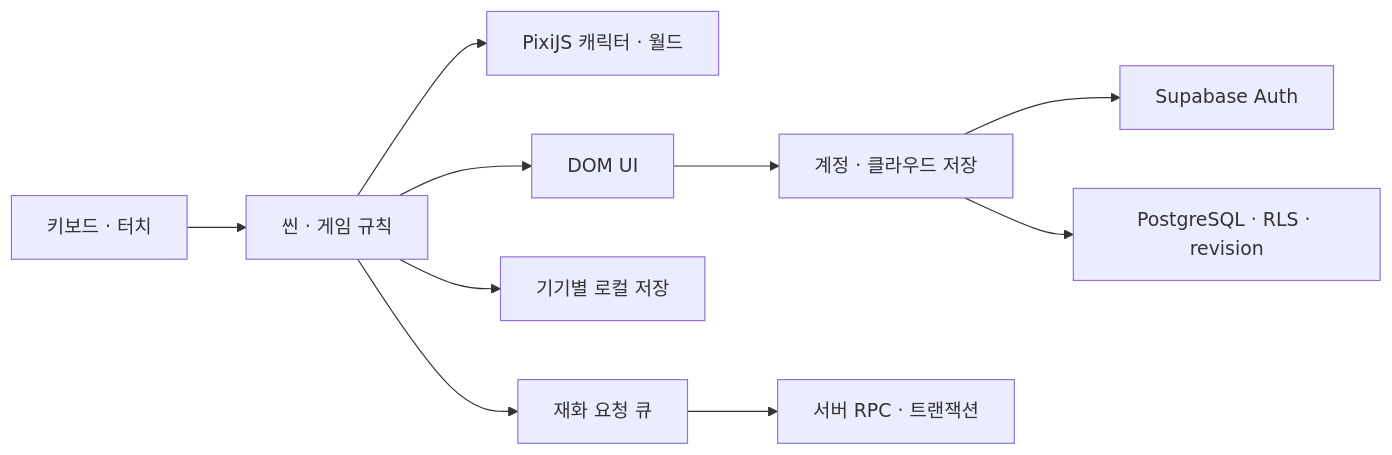
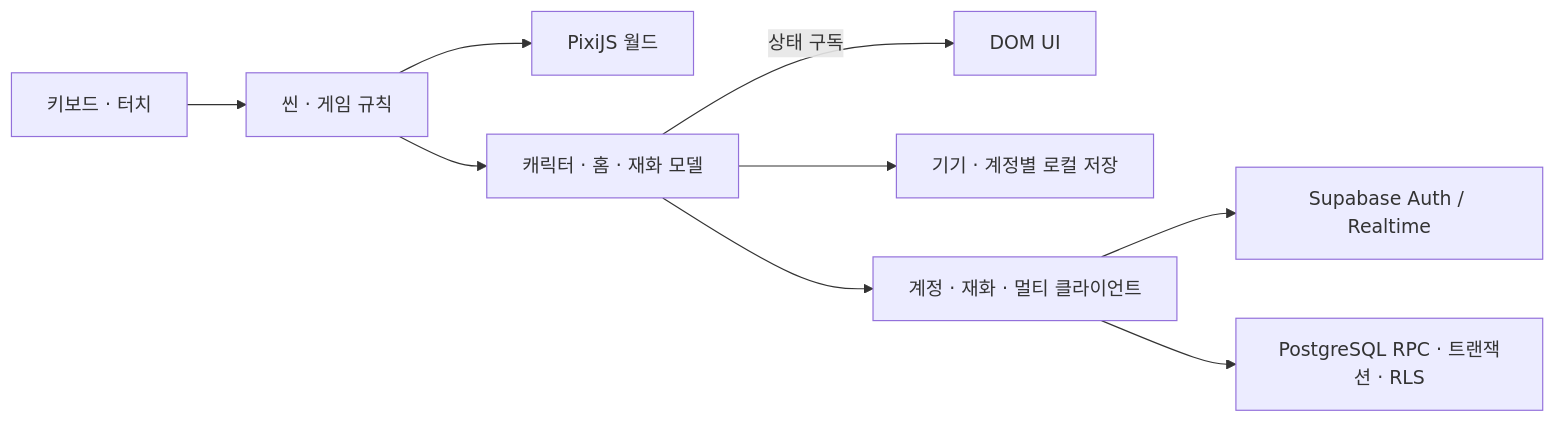
Before and after one commit to genjiboy0312/PawHaven: the diagram in README.md, drawn with Mermaid. The commit also changed other lines of this file and 6 other files, not shown here.

````diff
--- a/README.md
+++ b/README.md
@@ -55,12 +125,11 @@
 ```mermaid
 flowchart LR
     Input[키보드 · 터치] --> Scene[씬 · 게임 규칙]
-    Scene --> Pixi[PixiJS 캐릭터 · 월드]
-    Scene --> UI[DOM UI]
-    Scene --> Local[기기별 로컬 저장]
-    UI --> Account[계정 · 클라우드 저장]
-    Account --> Auth[Supabase Auth]
-    Account --> Saves[PostgreSQL · RLS · revision]
-    Scene --> Economy[재화 요청 큐]
-    Economy --> RPC[서버 RPC · 트랜잭션]
+    Scene --> Pixi[PixiJS 월드]
+    Scene --> Model[캐릭터 · 홈 · 재화 모델]
+    Model -->|상태 구독| UI[DOM UI]
+    Model --> Local[기기 · 계정별 로컬 저장]
+    Model --> Client[계정 · 재화 · 멀티 클라이언트]
+    Client --> Auth[Supabase Auth / Realtime]
+    Client --> RPC[PostgreSQL RPC · 트랜잭션 · RLS]
 ```
````
